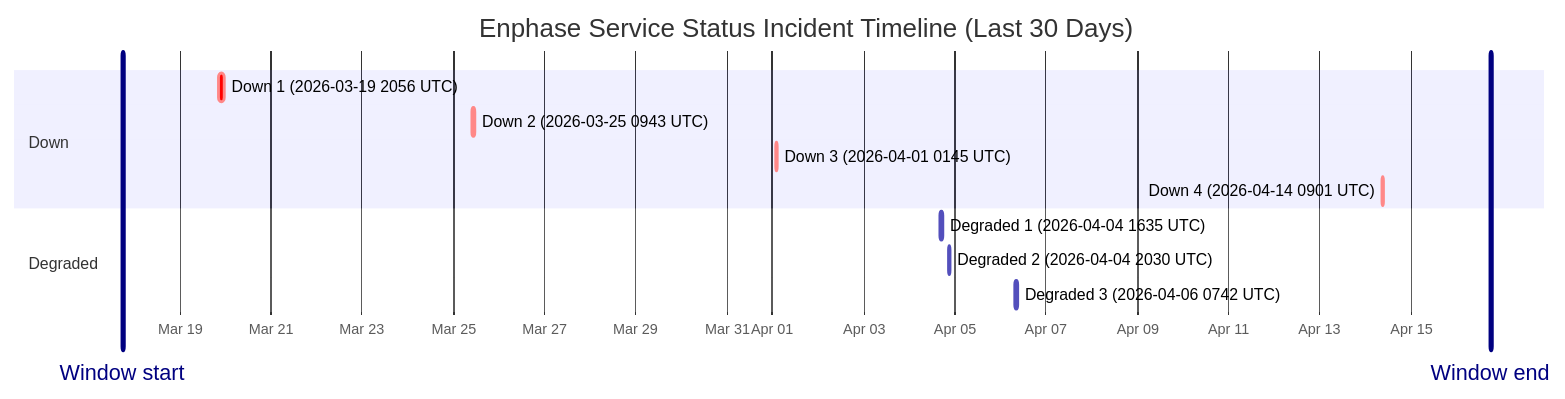
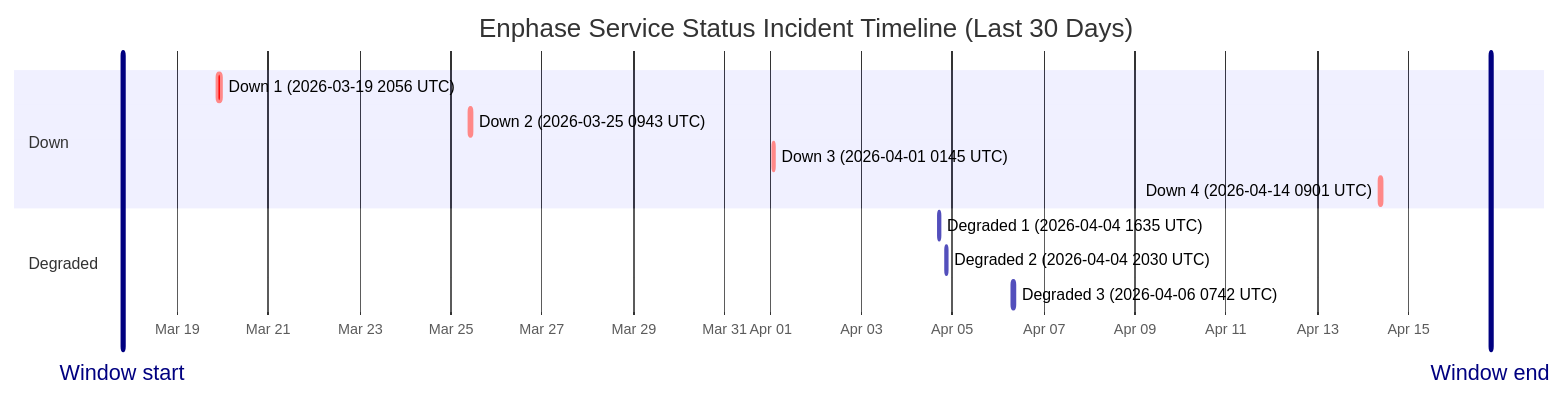
One commit to barneyonline/ha-enphase-ev-charger changed the diagram in wiki/Service-Status-History.md. Above: the diagram before and after it, drawn with Mermaid. The commit also changed other lines of this file and 3 other files, not shown here.

````diff
--- a/wiki/Service-Status-History.md
+++ b/wiki/Service-Status-History.md
@@ -14,17 +14,17 @@
 ```mermaid
 gantt
     title Enphase Service Status Incident Timeline (Last 30 Days)
     dateFormat  YYYY-MM-DDTHH:mm:ss
     axisFormat  %b %d
-    Window start :vert, window-start, 2026-03-17T17:51:20, 0ms
-    Window end :vert, window-end, 2026-04-16T17:51:20, 0ms
+    Window start :vert, window-start, 2026-03-17T19:12:26, 0ms
+    Window end :vert, window-end, 2026-04-16T19:12:26, 0ms
     section Down
     Down 1 (2026-03-19 2056 UTC) :crit, down-1, 2026-03-19T20:56:20, 145m
     Down 2 (2026-03-25 0943 UTC) :crit, down-2, 2026-03-25T09:43:28, 111m
     Down 3 (2026-04-01 0145 UTC) :crit, down-3, 2026-04-01T01:45:09, 60m
     Down 4 (2026-04-14 0901 UTC) :crit, down-4, 2026-04-14T09:01:13, 60m
     section Degraded
     Degraded 1 (2026-04-04 1635 UTC) :active, degraded-1, 2026-04-04T16:35:17, 60m
     Degraded 2 (2026-04-04 2030 UTC) :active, degraded-2, 2026-04-04T20:30:40, 60m
     Degraded 3 (2026-04-06 0742 UTC) :active, degraded-3, 2026-04-06T07:42:09, 85m
 ```
````
